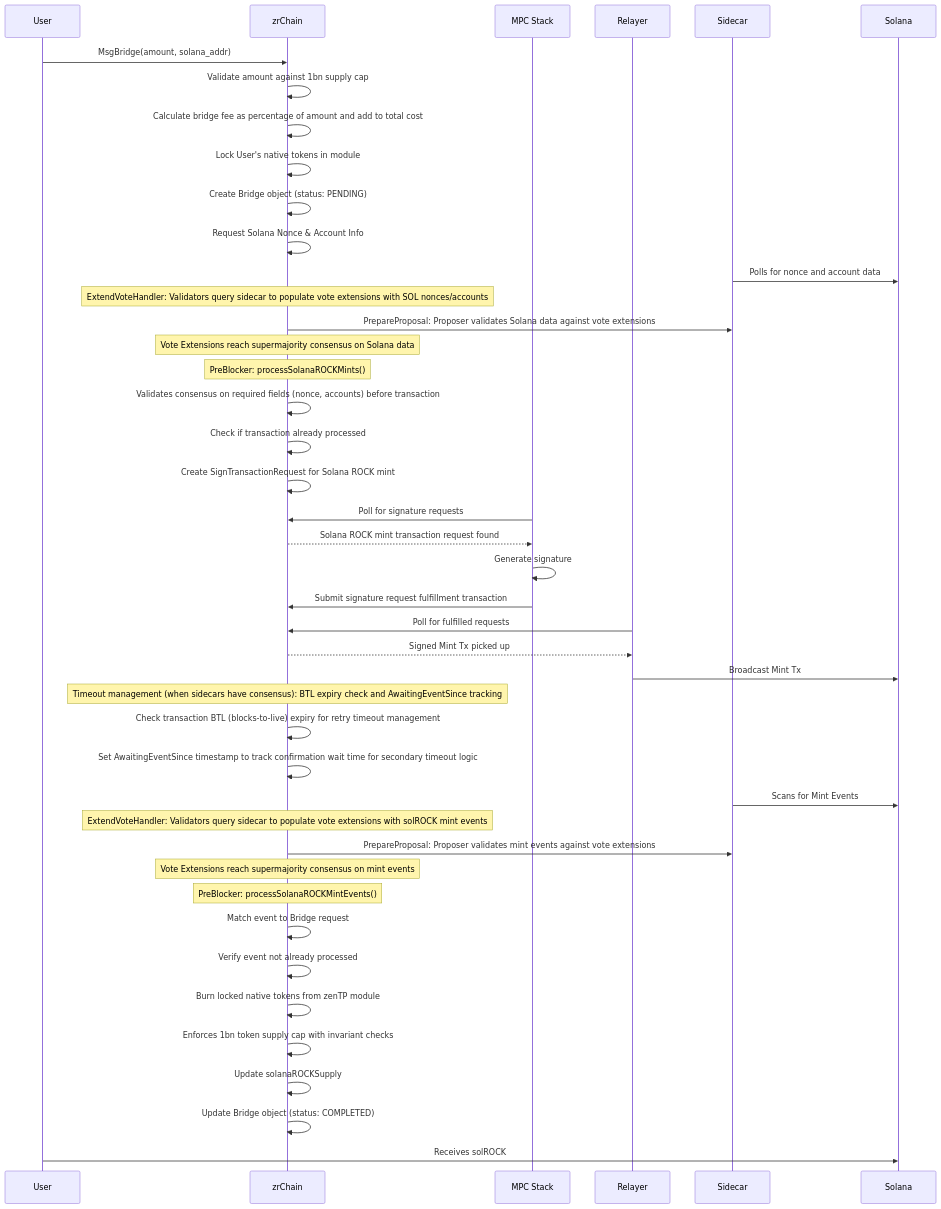
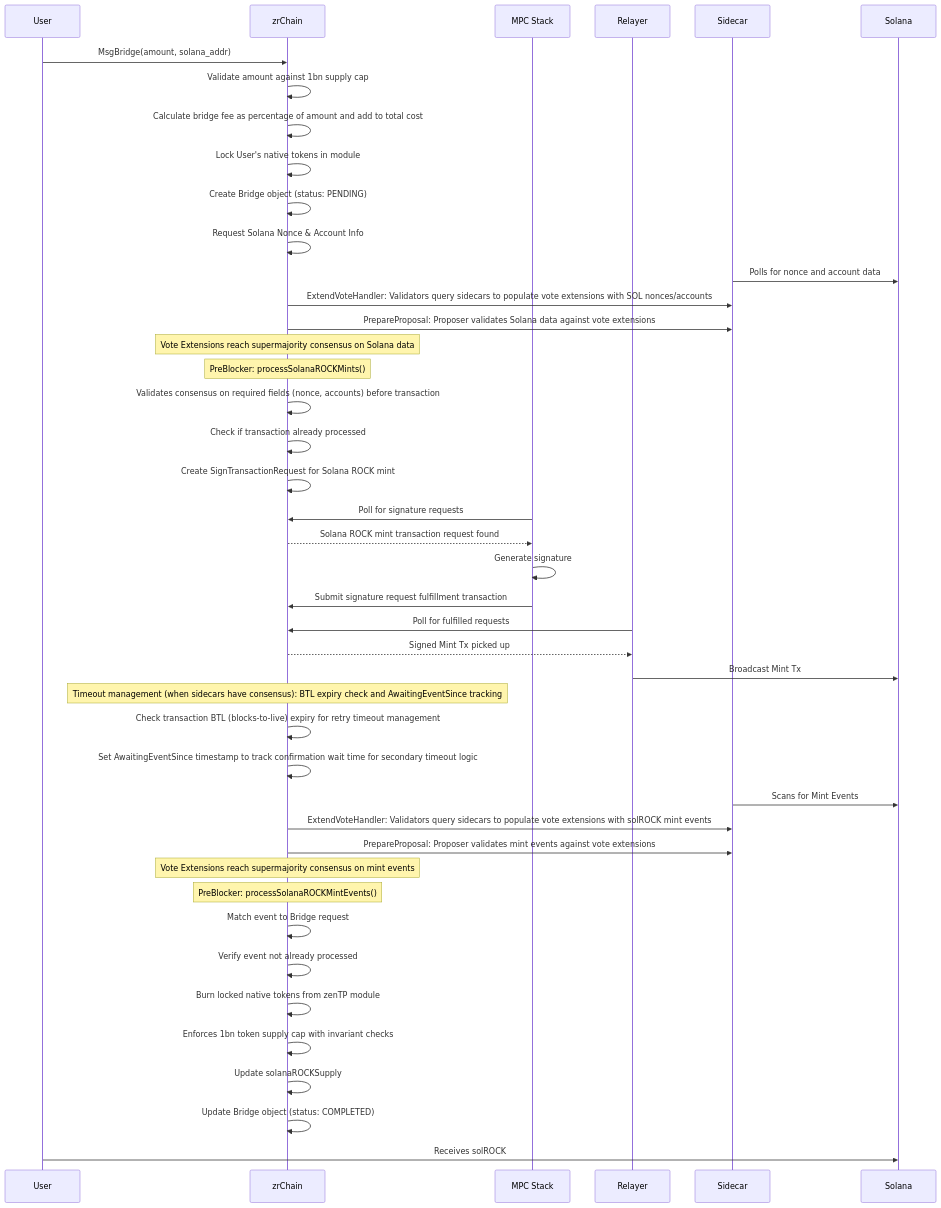
One commit to zenrocklabs/zrchain changed the third of 4 diagrams in docs/README.md. Above: the diagram before and after it, drawn with Mermaid. The commit also changed other lines of this file, not shown here.

````diff
--- a/docs/README.md
+++ b/docs/README.md
@@ -284,48 +284,48 @@
 ```mermaid
 sequenceDiagram
     participant User
     participant zrChain
     participant MPC Stack
     participant Relayer
     participant Sidecar
     participant Solana
 
     User->>zrChain: MsgBridge(amount, solana_addr)
     zrChain->>zrChain: Validate amount against 1bn supply cap
     zrChain->>zrChain: Calculate bridge fee as percentage of amount and add to total cost
     zrChain->>zrChain: Lock User's native tokens in module
     zrChain->>zrChain: Create Bridge object (status: PENDING)
     zrChain->>zrChain: Request Solana Nonce & Account Info
 
     Sidecar->>Solana: Polls for nonce and account data
-    Note over zrChain: ExtendVoteHandler: Validators query sidecar to populate vote extensions with SOL nonces/accounts
+    zrChain->>Sidecar: ExtendVoteHandler: Validators query sidecars to populate vote extensions with SOL nonces/accounts
     zrChain->>Sidecar: PrepareProposal: Proposer validates Solana data against vote extensions
     Note over zrChain: Vote Extensions reach supermajority consensus on Solana data
     Note over zrChain: PreBlocker: processSolanaROCKMints()
     zrChain->>zrChain: Validates consensus on required fields (nonce, accounts) before transaction
     zrChain->>zrChain: Check if transaction already processed
     zrChain->>zrChain: Create SignTransactionRequest for Solana ROCK mint
     MPC Stack->>zrChain: Poll for signature requests
     zrChain-->>MPC Stack: Solana ROCK mint transaction request found
     MPC Stack->>MPC Stack: Generate signature
     MPC Stack->>zrChain: Submit signature request fulfillment transaction
     Relayer->>zrChain: Poll for fulfilled requests
     zrChain-->>Relayer: Signed Mint Tx picked up
     Relayer->>Solana: Broadcast Mint Tx
     Note over zrChain: Timeout management (when sidecars have consensus): BTL expiry check and AwaitingEventSince tracking
     zrChain->>zrChain: Check transaction BTL (blocks-to-live) expiry for retry timeout management
     zrChain->>zrChain: Set AwaitingEventSince timestamp to track confirmation wait time for secondary timeout logic
 
     Sidecar->>Solana: Scans for Mint Events
-    Note over zrChain: ExtendVoteHandler: Validators query sidecar to populate vote extensions with solROCK mint events
+    zrChain->>Sidecar: ExtendVoteHandler: Validators query sidecars to populate vote extensions with solROCK mint events
     zrChain->>Sidecar: PrepareProposal: Proposer validates mint events against vote extensions
     Note over zrChain: Vote Extensions reach supermajority consensus on mint events
     Note over zrChain: PreBlocker: processSolanaROCKMintEvents()
     zrChain->>zrChain: Match event to Bridge request
     zrChain->>zrChain: Verify event not already processed
     zrChain->>zrChain: Burn locked native tokens from zenTP module
     zrChain->>zrChain: Enforces 1bn token supply cap with invariant checks
     zrChain->>zrChain: Update solanaROCKSupply
     zrChain->>zrChain: Update Bridge object (status: COMPLETED)
     User->>Solana: Receives solROCK
 ```
````
